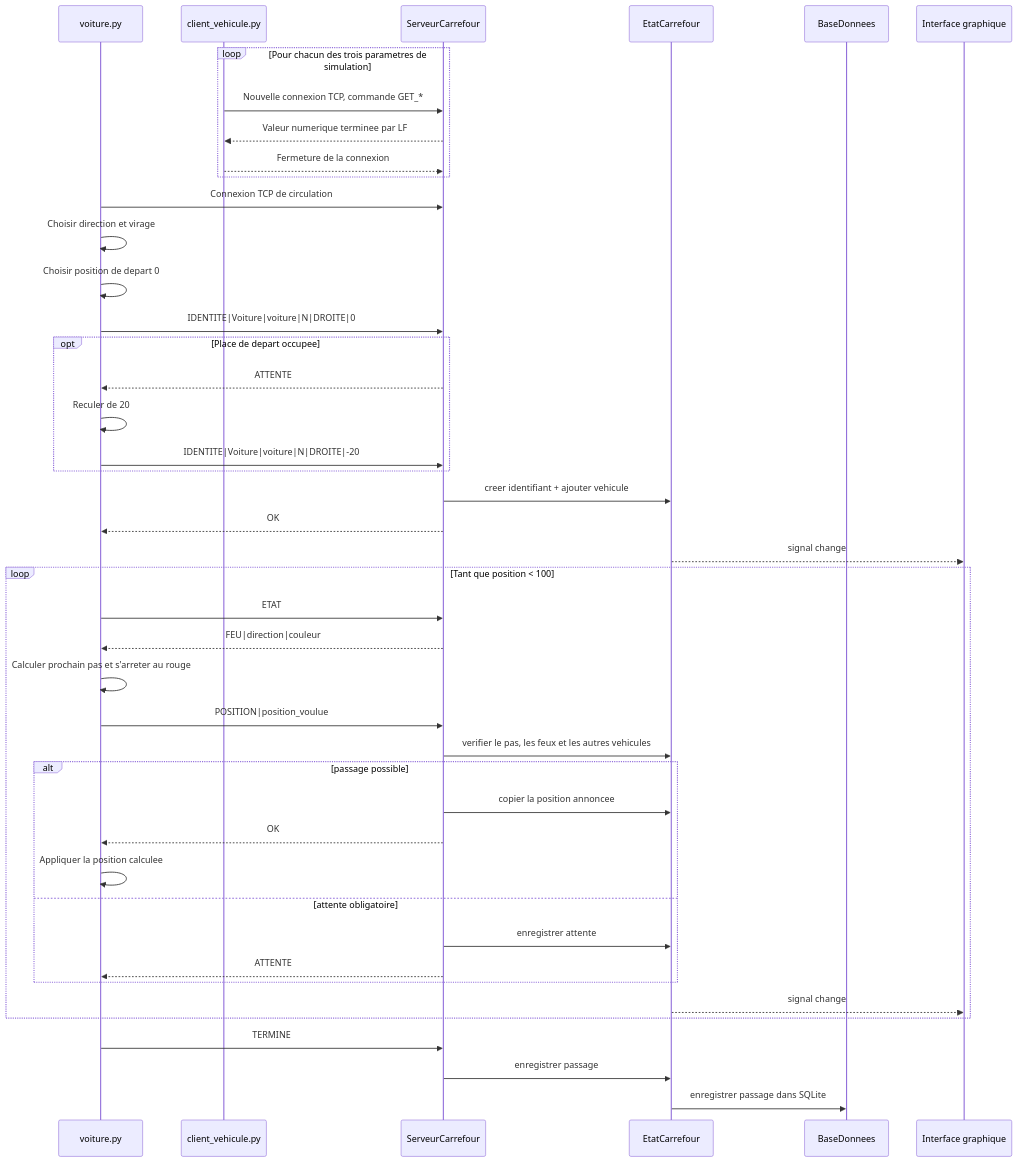
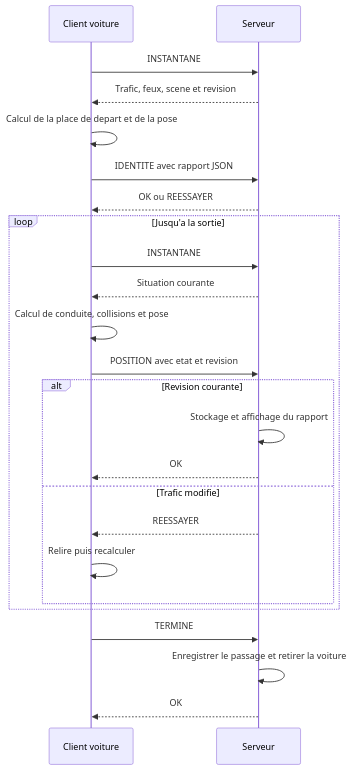
Before and after one commit to glufy100/SAE302main: the fifth of 8 diagrams in doc/Documentation_Technique.md, drawn with Mermaid. The commit also changed other lines of this file and 38 other files, not shown here.

Commit message:
Deplace la logique vehicule vers les clients et ajoute les paquets Debian 13

````diff
--- a/doc/Documentation_Technique.md
+++ b/doc/Documentation_Technique.md
@@ -376,48 +306,26 @@
 ```mermaid
 sequenceDiagram
-    participant V as voiture.py
-    participant C as client_vehicule.py
-    participant S as ServeurCarrefour
-    participant E as EtatCarrefour
-    participant B as BaseDonnees
-    participant I as Interface graphique
-
-    loop Pour chacun des trois parametres de simulation
-        C->>S: Nouvelle connexion TCP, commande GET_*
-        S-->>C: Valeur numerique terminee par LF
-        C-->>S: Fermeture de la connexion
+    participant C as Client voiture
+    participant S as Serveur
+    C->>S: INSTANTANE
+    S-->>C: Trafic, feux, scene et revision
+    C->>C: Calcul de la place de depart et de la pose
+    C->>S: IDENTITE avec rapport JSON
+    S-->>C: OK ou REESSAYER
+    loop Jusqu'a la sortie
+        C->>S: INSTANTANE
+        S-->>C: Situation courante
+        C->>C: Calcul de conduite, collisions et pose
+        C->>S: POSITION avec etat et revision
+        alt Revision courante
+            S->>S: Stockage et affichage du rapport
+            S-->>C: OK
+        else Trafic modifie
+            S-->>C: REESSAYER
+            C->>C: Relire puis recalculer
+        end
     end
-    V->>S: Connexion TCP de circulation
-    V->>V: Choisir direction et virage
-    V->>V: Choisir position de depart 0
-    V->>S: IDENTITE|Voiture|voiture|N|DROITE|0
-    opt Place de depart occupee
-        S-->>V: ATTENTE
-        V->>V: Reculer de 20
-        V->>S: IDENTITE|Voiture|voiture|N|DROITE|-20
-    end
-    S->>E: creer identifiant + ajouter vehicule
-    S-->>V: OK
-    E-->>I: signal change
-
-    loop Tant que position < 100
-        V->>S: ETAT
-        S-->>V: FEU|direction|couleur
-        V->>V: Calculer prochain pas et s'arreter au rouge
-        V->>S: POSITION|position_voulue
-        S->>E: verifier le pas, les feux et les autres vehicules
-        alt passage possible
-            S->>E: copier la position annoncee
-            S-->>V: OK
-            V->>V: Appliquer la position calculee
-        else attente obligatoire
-            S->>E: enregistrer attente
-            S-->>V: ATTENTE
-        end
-        E-->>I: signal change
-    end
-
-    V->>S: TERMINE
-    S->>E: enregistrer passage
-    E->>B: enregistrer passage dans SQLite
+    C->>S: TERMINE
+    S->>S: Enregistrer le passage et retirer la voiture
+    S-->>C: OK
 ```
````
